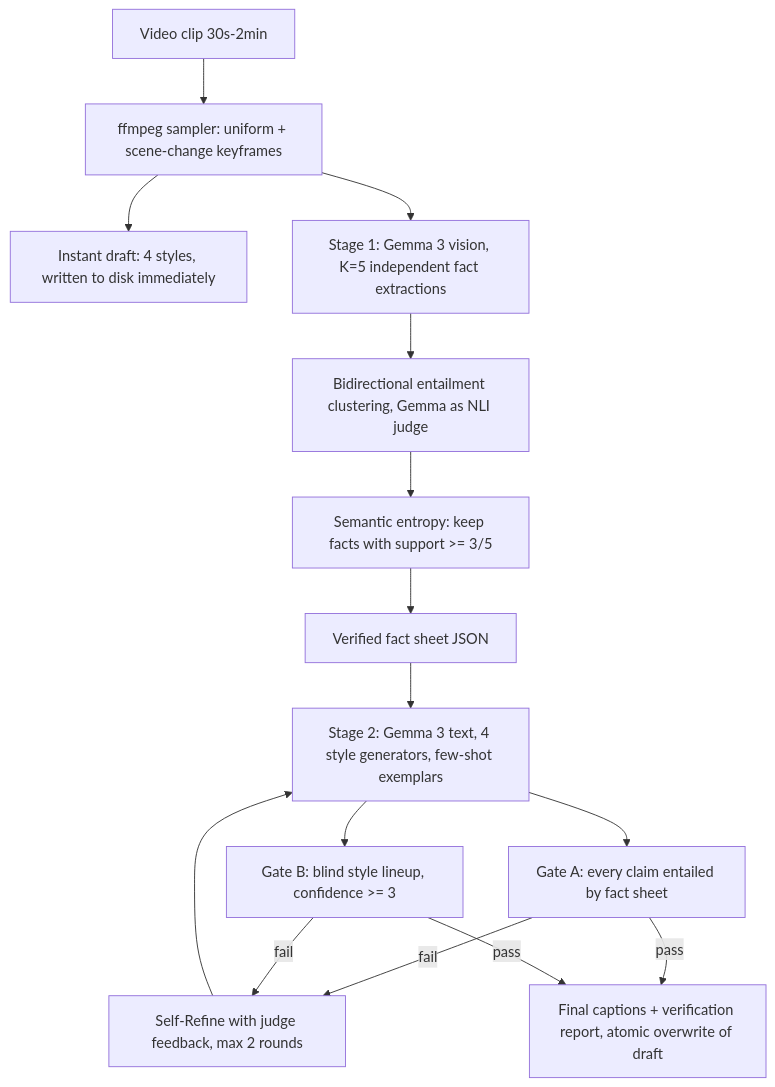
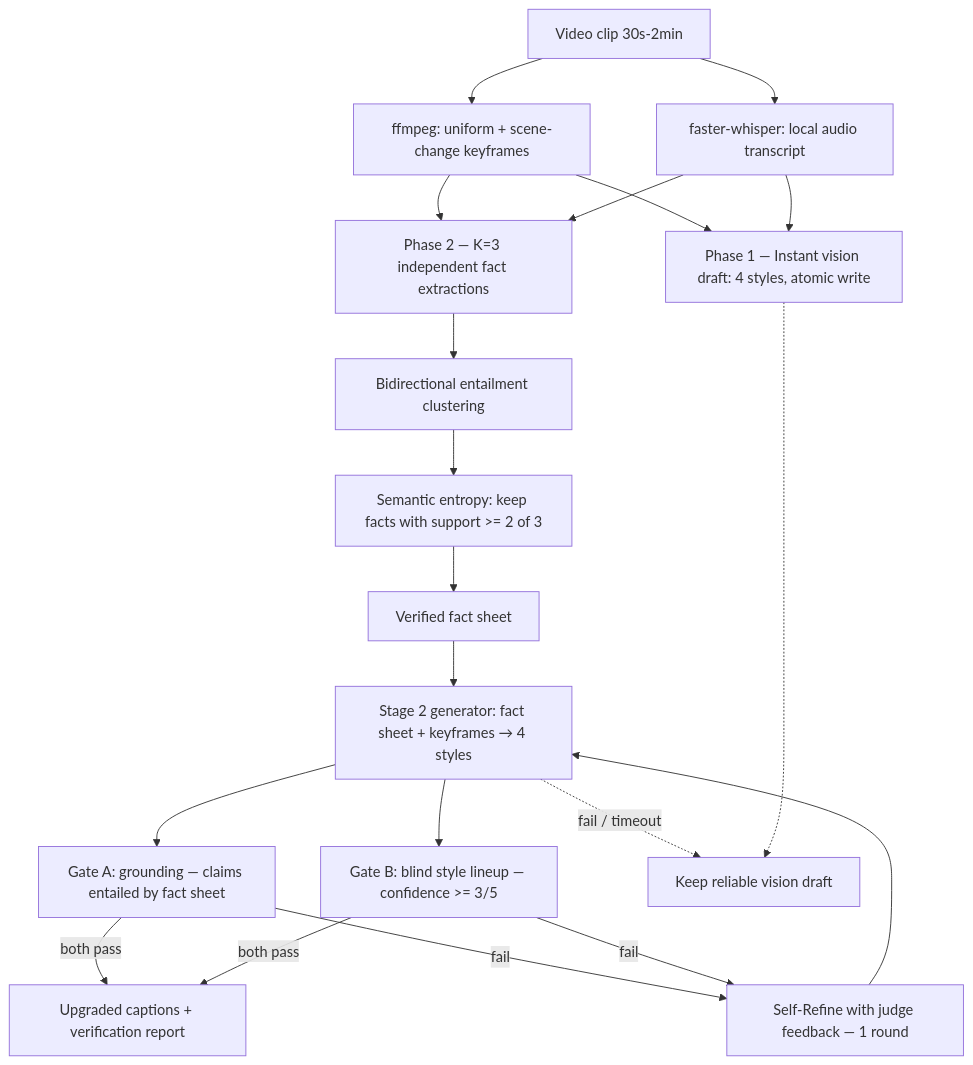
The diagram in README.md (skx56/sev-cap), drawn with Mermaid before and after one commit. The commit also changed other lines of this file and 2 other files, not shown here.

Commit message:
Update README with demo links and architecture; add 8-page project presentation PDF

````diff
--- a/README.md
+++ b/README.md
@@ -52,17 +84,26 @@
 ```mermaid
 flowchart TD
-    clip[Video clip 30s-2min] --> ffmpeg[ffmpeg sampler: uniform + scene-change keyframes]
-    ffmpeg --> draft[Instant draft: 4 styles, written to disk immediately]
-    ffmpeg --> extract[Stage 1: Gemma 3 vision, K=5 independent fact extractions]
-    extract --> cluster[Bidirectional entailment clustering, Gemma as NLI judge]
-    cluster --> entropy[Semantic entropy: keep facts with support >= 3/5]
-    entropy --> sheet[Verified fact sheet JSON]
-    sheet --> gen[Stage 2: Gemma 3 text, 4 style generators, few-shot exemplars]
-    gen --> gateA[Gate A: every claim entailed by fact sheet]
-    gen --> gateB[Gate B: blind style lineup, confidence >= 3]
-    gateA -->|fail| refine[Self-Refine with judge feedback, max 2 rounds]
+    clip[Video clip 30s-2min] --> ff[ffmpeg: uniform + scene-change keyframes]
+    clip --> wh[faster-whisper: local audio transcript]
+
+    ff --> draft[Phase 1 — Instant vision draft: 4 styles, atomic write]
+    wh --> draft
+
+    ff --> extract[Phase 2 — K=3 independent fact extractions]
+    wh --> extract
+    extract --> cluster[Bidirectional entailment clustering]
+    cluster --> entropy[Semantic entropy: keep facts with support >= 2 of 3]
+    entropy --> sheet[Verified fact sheet]
+
+    sheet --> gen[Stage 2 generator: fact sheet + keyframes → 4 styles]
+    gen --> gateA[Gate A: grounding — claims entailed by fact sheet]
+    gen --> gateB[Gate B: blind style lineup — confidence >= 3/5]
+    gateA -->|fail| refine[Self-Refine with judge feedback — 1 round]
     gateB -->|fail| refine
     refine --> gen
-    gateA -->|pass| out[Final captions + verification report, atomic overwrite of draft]
-    gateB -->|pass| out
+
+    gateA -->|both pass| out[Upgraded captions + verification report]
+    gateB -->|both pass| out
+    gen -.->|fail / timeout| keep[Keep reliable vision draft]
+    draft -.-> keep
 ```
````
